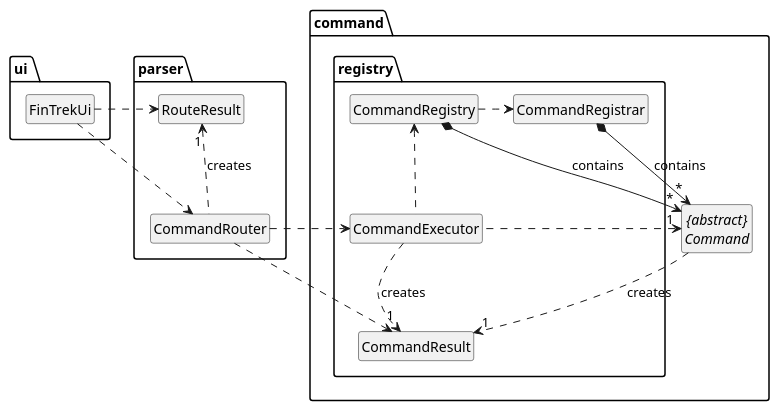
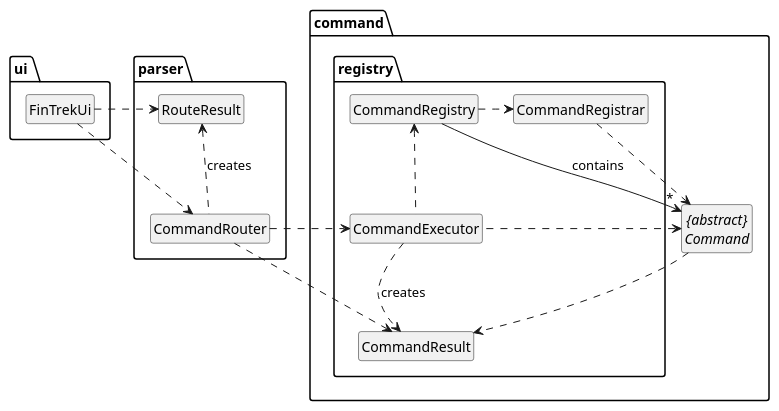
Before and after one commit to randust/tp: the diagram in docs/diagrams/class/ui_parser_cmd.puml, drawn with PlantUML. The commit also changed 1 other file, not shown here.

Commit message:
Update UIi-Parser-Registry class diagram

```diff
--- a/docs/diagrams/class/ui_parser_cmd.puml
+++ b/docs/diagrams/class/ui_parser_cmd.puml
@@ -1,75 +1,75 @@
 @startuml
 
 ' Hide members (attributes/methods) for a higher-level view
 hide circle
 hide members
 skinparam classAttributeIconSize 0
 
 ' --- Diagram Definition ---
 package "ui "{
     class "FinTrekUi" as UI {
     + FinTrekUi()
     + start(): void
     + close(): void
     - loadInitialData(): void
     - processRecurringExpenses(): void
     - runCommandLoop(): void
     - processUserInput(userInput: String)
     }
 }
 
 package "parser" {
     class "RouteResult" as RR {
 
     + RouteResult(success: Boolean, message: String)
     + isSuccess(): Boolean
     + errorMessage(): String
     + outputMessage(): String
     }
 
     class "CommandRouter" as CRouter {
     + routeUserInput(userInput: String): RouteResult
     }
 }
 
 package "command.registry" {
     class "CommandExecutor" as Executor {
     + dispatch(commandName: String, \n arguments: String): CommandResult
     }
 
     class "CommandResult" as CResult
 
     class "CommandRegistry" as Registry {
     - commands: Map<String, Command>
     + getCommand(name: String): Command
     + hasCommand(name: String): Boolean
     + getAllCommandDescriptions(): String
     }
 
     class "CommandRegistrar" as Registrar {
     + registerAll(): Map<String, Command>
     }
 }
 
 package "command" {
     abstract class "{abstract}\nCommand" as CMD
 }
 
 ' --- Relationships ---
-UI ...r> RR
+UI ..r> RR
 UI ..> CRouter
-CRouter ..u> "1" RR : creates
+CRouter ..u> RR : creates
 
 CRouter ..r> Executor
 CRouter ..> CResult
 
 Executor ..u> Registry
 Registry ..r> Registrar
-Executor ..> "1" CResult : creates
+Executor ..> CResult : creates
 
-Executor ..u> "1" CMD
-Registrar *--> "*" CMD : contains
-Registry *--> "*" CMD : contains
-CMD ..> "1" CResult : creates
+Executor ..u> CMD
+Registry --> "*" CMD : contains
+Registrar ..> CMD
+CMD ..> CResult
 
 @enduml
```
